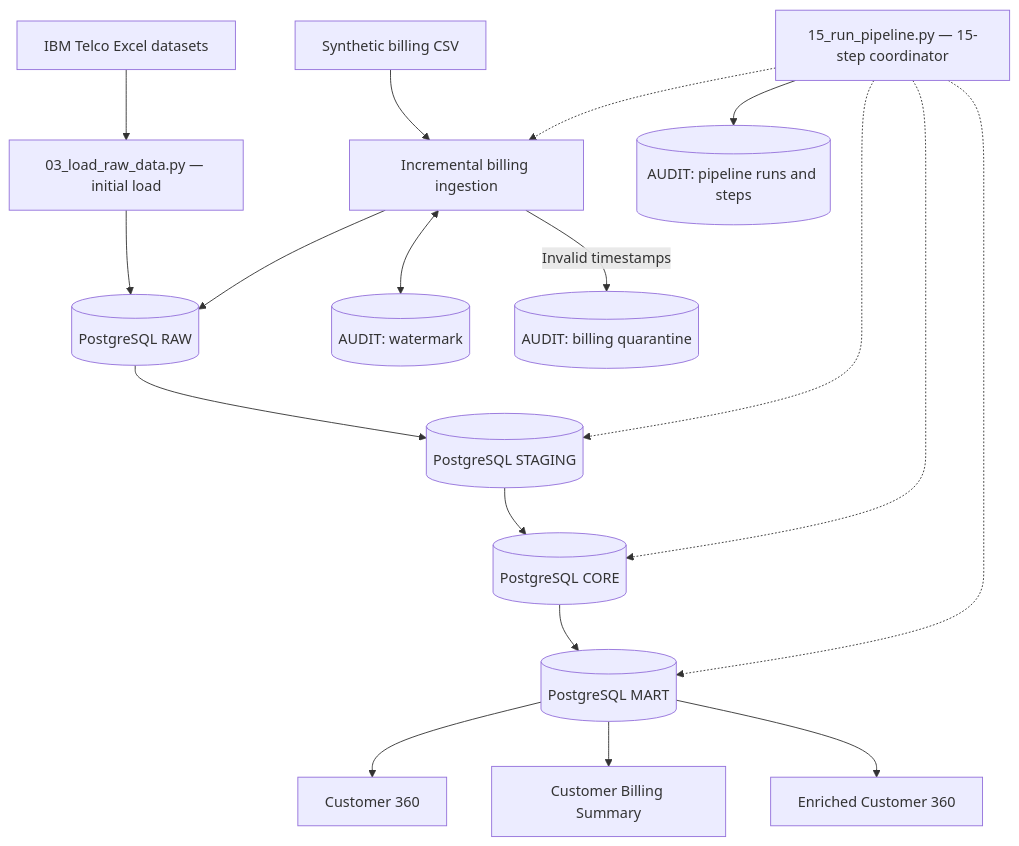
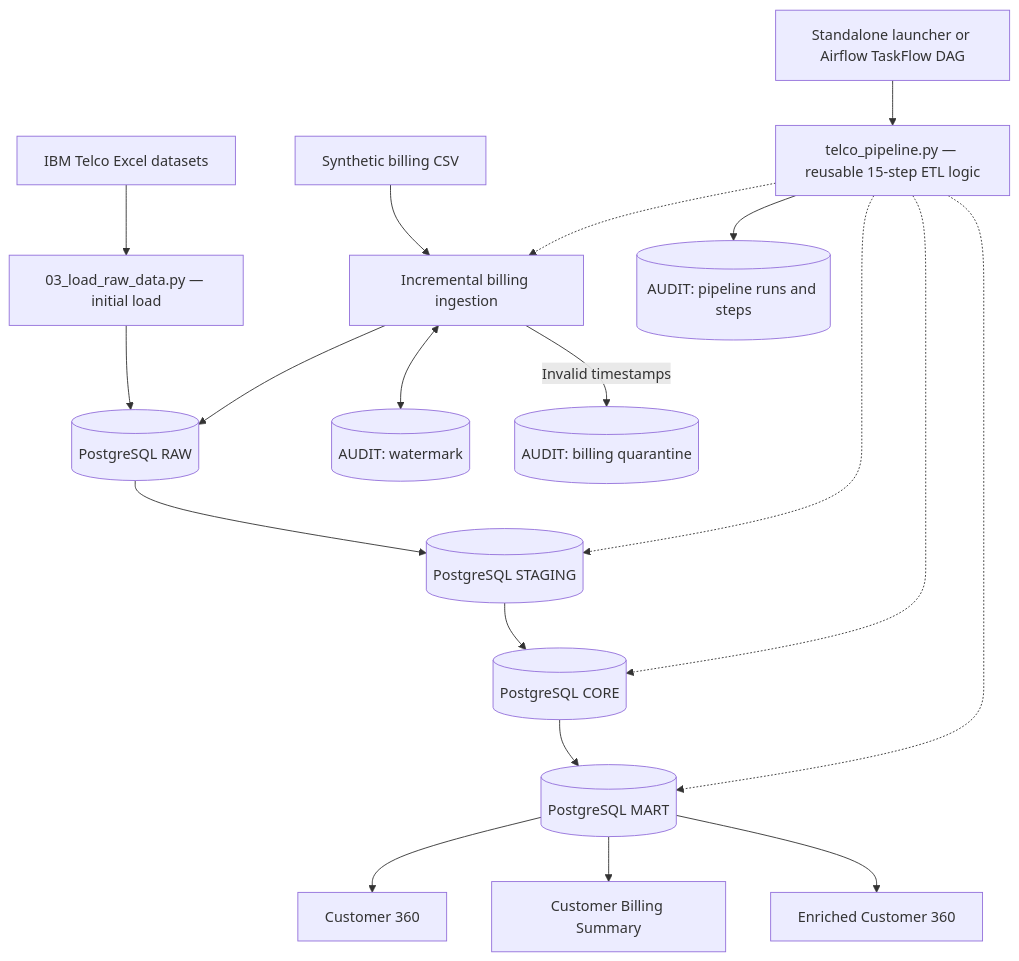
Before and after one commit to firdaushussin03/telco-customer-360: the second of 3 diagrams in README.md, drawn with Mermaid. The commit also changed other lines of this file, not shown here.

Commit message:
docs: update README with Airflow orchestration and CI results

````diff
--- a/README.md
+++ b/README.md
@@ -86,24 +101,25 @@
 ```mermaid
 flowchart TD
     A["IBM Telco Excel datasets"] --> B["03_load_raw_data.py — initial load"]
     C["Synthetic billing CSV"] --> D["Incremental billing ingestion"]
 
     B --> R[(PostgreSQL RAW)]
     D --> R
     R --> S[(PostgreSQL STAGING)]
     S --> T[(PostgreSQL CORE)]
     T --> M[(PostgreSQL MART)]
 
     M --> M1["Customer 360"]
     M --> M2["Customer Billing Summary"]
     M --> M3["Enriched Customer 360"]
 
     D <--> W[(AUDIT: watermark)]
     D -->|Invalid timestamps| Q[(AUDIT: billing quarantine)]
 
-    O["15_run_pipeline.py — 15-step coordinator"] -.-> D
+    O["telco_pipeline.py — reusable 15-step ETL logic"] -.-> D
     O -.-> S
     O -.-> T
     O -.-> M
     O --> L[(AUDIT: pipeline runs and steps)]
+    A1["Standalone launcher or Airflow TaskFlow DAG"] --> O
 ```
````
